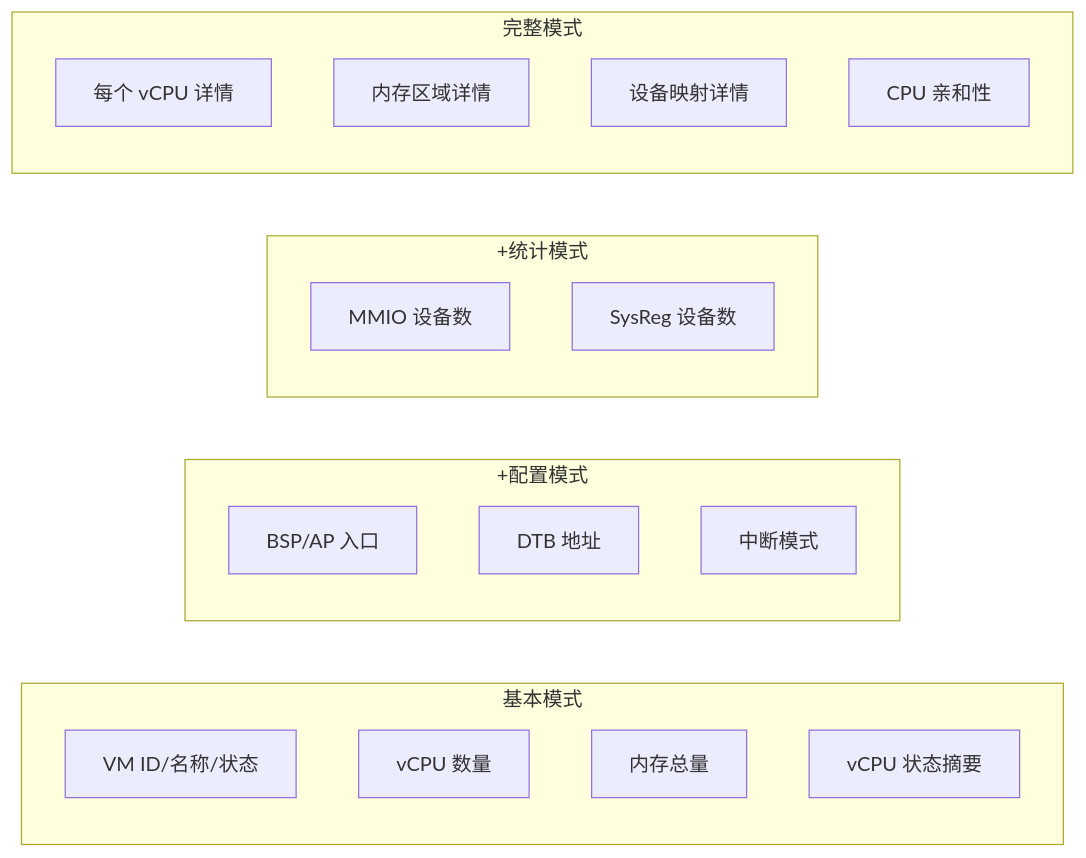
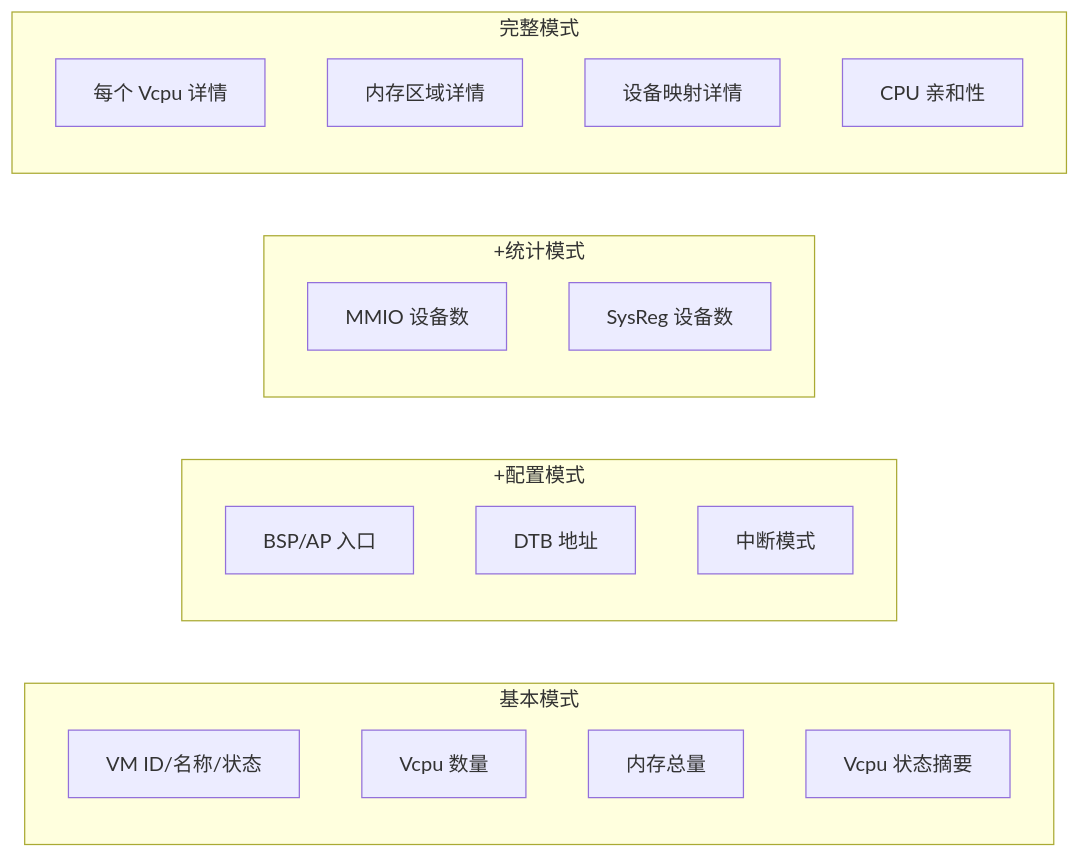
The third of 13 diagrams in docs/design/guest/manager/shell-commands.md (arceos-hypervisor/axvisorbook), drawn with Mermaid before and after one commit. The commit also changed other lines of this file and 6 other files, not shown here.

````diff
--- a/docs/design/guest/manager/shell-commands.md
+++ b/docs/design/guest/manager/shell-commands.md
@@ -195,27 +195,27 @@
 ```mermaid
 flowchart LR
     subgraph 基本模式
         B1[VM ID/名称/状态]
-        B2[vCPU 数量]
+        B2[Vcpu 数量]
         B3[内存总量]
-        B4[vCPU 状态摘要]
+        B4[Vcpu 状态摘要]
     end
 
     subgraph "+配置模式"
         C1[BSP/AP 入口]
         C2[DTB 地址]
         C3[中断模式]
     end
 
     subgraph "+统计模式"
         S1[MMIO 设备数]
         S2[SysReg 设备数]
     end
 
     subgraph "完整模式"
-        F1[每个 vCPU 详情]
+        F1[每个 Vcpu 详情]
         F2[内存区域详情]
         F3[设备映射详情]
         F4[CPU 亲和性]
     end
 ```
````
